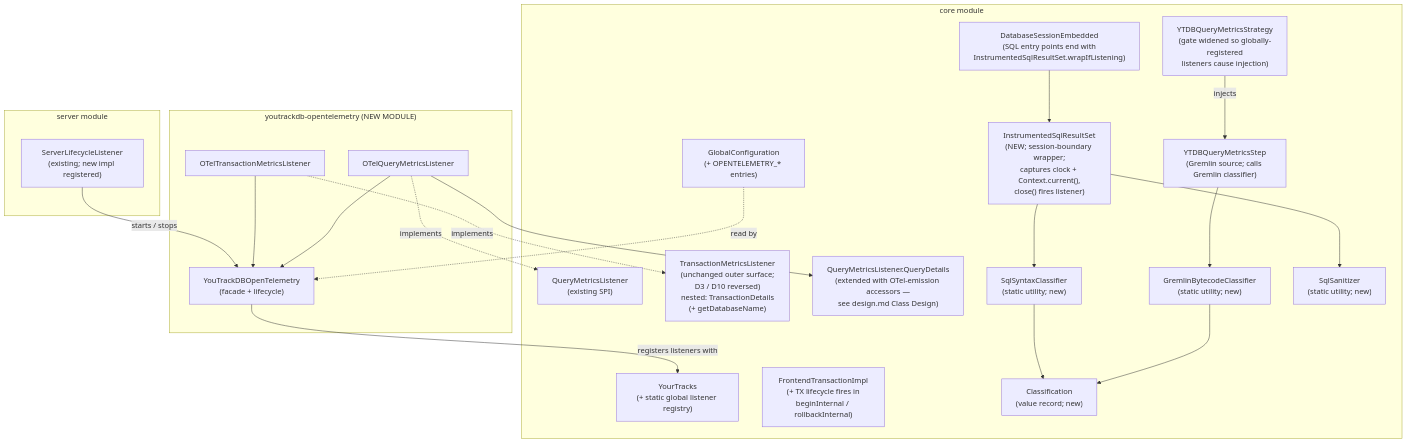
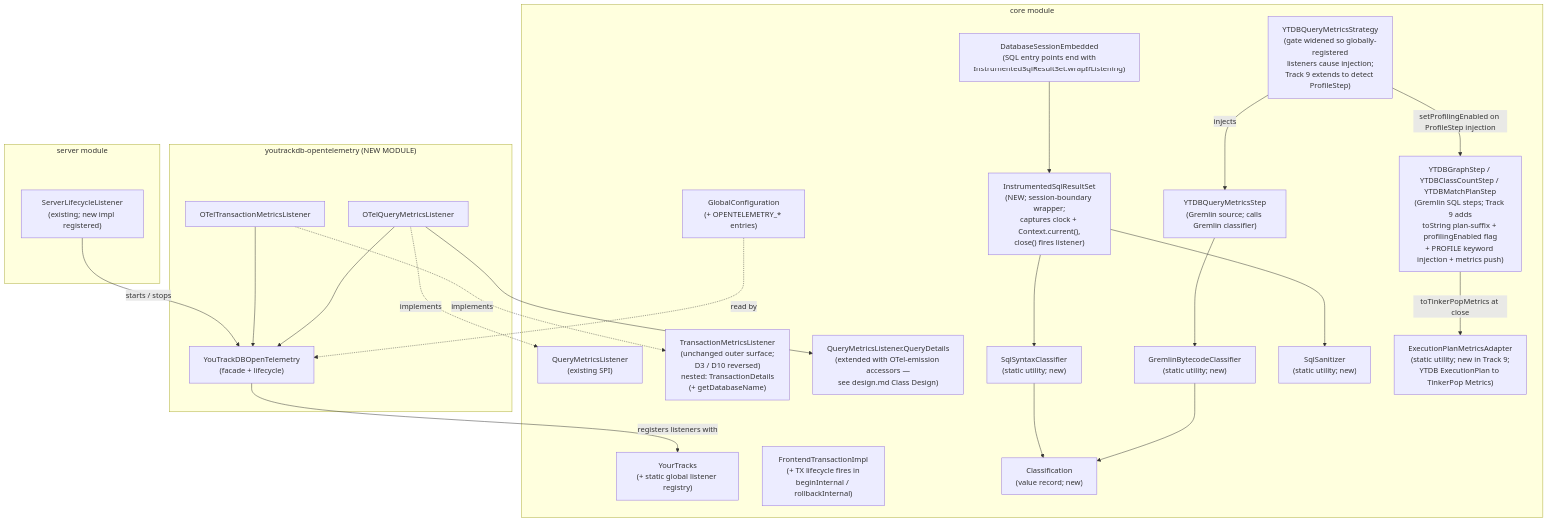
Before and after one commit to JetBrains/youtrackdb: the diagram in docs/adr/ytdb-496-opentelemetry-support/_workflow/implementation-plan.md, drawn with Mermaid. The commit also changed 2 other files, not shown here.

Commit message:
M67 ytdb-496: sync diagrams with M66 Explain/Profile content

````diff
--- a/docs/adr/ytdb-496-opentelemetry-support/_workflow/implementation-plan.md
+++ b/docs/adr/ytdb-496-opentelemetry-support/_workflow/implementation-plan.md
@@ -32,45 +32,49 @@
 ```mermaid
 flowchart TB
     subgraph core["core module"]
         QML["QueryMetricsListener<br/>(existing SPI)"]
         TML["TransactionMetricsListener<br/>(unchanged outer surface;<br/>D3 / D10 reversed)<br/>nested: TransactionDetails<br/>(+ getDatabaseName)"]
         QD["QueryMetricsListener.QueryDetails<br/>(extended with OTel-emission accessors —<br/>see design.md Class Design)"]
         YOU["YourTracks<br/>(+ static global listener registry)"]
         TX["FrontendTransactionImpl<br/>(+ TX lifecycle fires in<br/>beginInternal / rollbackInternal)"]
         STEP["YTDBQueryMetricsStep<br/>(Gremlin source; calls Gremlin classifier)"]
-        STRAT["YTDBQueryMetricsStrategy<br/>(gate widened so globally-registered<br/>listeners cause injection)"]
+        STRAT["YTDBQueryMetricsStrategy<br/>(gate widened so globally-registered<br/>listeners cause injection;<br/>Track 9 extends to detect ProfileStep)"]
         DSE["DatabaseSessionEmbedded<br/>(SQL entry points end with<br/>InstrumentedSqlResultSet.wrapIfListening)"]
         ISR["InstrumentedSqlResultSet<br/>(NEW; session-boundary wrapper;<br/>captures clock + Context.current(),<br/>close() fires listener)"]
         GCLS["GremlinBytecodeClassifier<br/>(static utility; new)"]
         SCLS["SqlSyntaxClassifier<br/>(static utility; new)"]
         SQLS["SqlSanitizer<br/>(static utility; new)"]
         CLR["Classification<br/>(value record; new)"]
         GC["GlobalConfiguration<br/>(+ OPENTELEMETRY_* entries)"]
+        GSS["YTDBGraphStep / YTDBClassCountStep / YTDBMatchPlanStep<br/>(Gremlin SQL steps; Track 9 adds<br/>toString plan-suffix + profilingEnabled flag<br/>+ PROFILE keyword injection + metrics push)"]
+        EPMA["ExecutionPlanMetricsAdapter<br/>(static utility; new in Track 9;<br/>YTDB ExecutionPlan to TinkerPop Metrics)"]
     end
 
     subgraph server["server module"]
         SLL["ServerLifecycleListener<br/>(existing; new impl registered)"]
     end
 
     subgraph otel["youtrackdb-opentelemetry (NEW MODULE)"]
         OTQ["OTelQueryMetricsListener"]
         OTT["OTelTransactionMetricsListener"]
         FAC["YouTrackDBOpenTelemetry<br/>(facade + lifecycle)"]
     end
 
     OTQ -.implements.-> QML
     OTT -.implements.-> TML
     OTQ --> FAC
     OTT --> FAC
     OTQ --> QD
     FAC -- "registers listeners with" --> YOU
     SLL -- "starts / stops" --> FAC
     STEP --> GCLS
     STRAT -- "injects" --> STEP
+    STRAT -- "setProfilingEnabled on ProfileStep injection" --> GSS
+    GSS -- "toTinkerPopMetrics at close" --> EPMA
     DSE --> ISR
     ISR --> SCLS
     ISR --> SQLS
     GCLS --> CLR
     SCLS --> CLR
     GC -. read by .-> FAC
 ```
````
